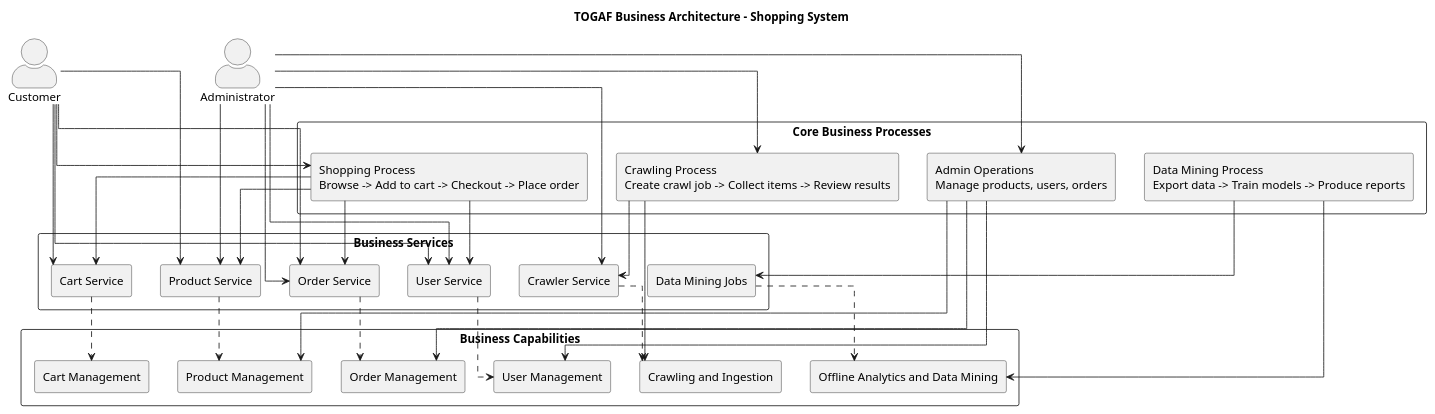
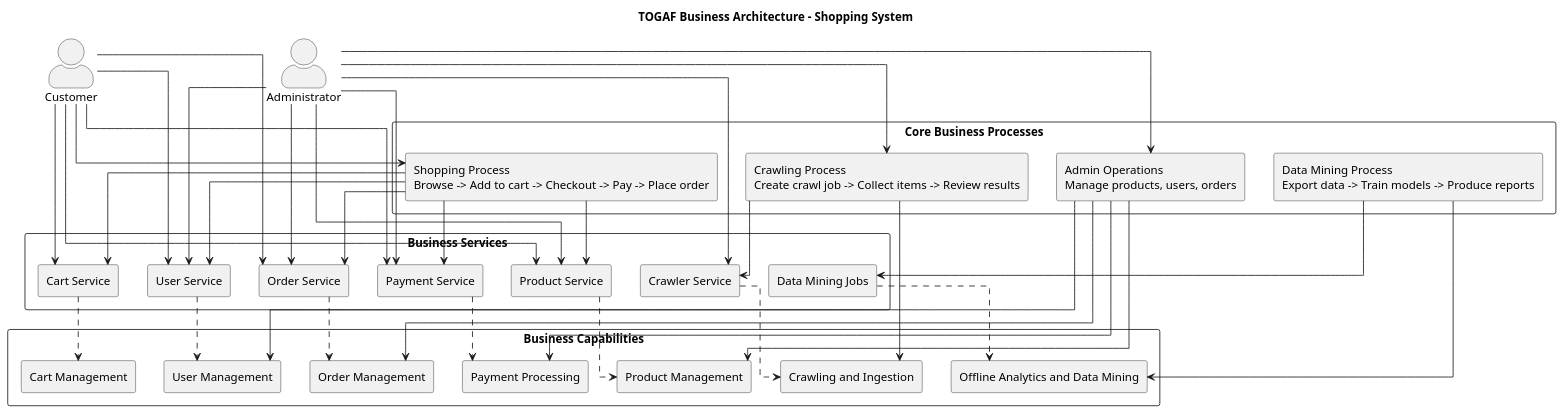
Before and after one commit to felixzhu97/shopping-system: the diagram in docs/architecture/togaf/business-architecture.puml, drawn with PlantUML. The commit also changed 225 other files, not shown here.

```diff
--- a/docs/architecture/togaf/business-architecture.puml
+++ b/docs/architecture/togaf/business-architecture.puml
@@ -1,72 +1,79 @@
 @startuml
 title TOGAF Business Architecture - Shopping System
 
 skinparam componentStyle rectangle
 skinparam packageStyle rectangle
 skinparam actorStyle awesome
 skinparam linetype ortho
 
 actor "Customer" as customer
 actor "Administrator" as admin
 
 package "Business Capabilities" {
     component [Product Management] as capability_product
     component [Order Management] as capability_order
     component [User Management] as capability_user
     component [Cart Management] as capability_cart
+    component [Payment Processing] as capability_payment
     component [Crawling and Ingestion] as capability_crawling
     component [Offline Analytics and Data Mining] as capability_data_mining
 }
 
 package "Core Business Processes" {
-    component [Shopping Process\nBrowse -> Add to cart -> Checkout -> Place order] as process_shopping
+    component [Shopping Process\nBrowse -> Add to cart -> Checkout -> Pay -> Place order] as process_shopping
     component [Admin Operations\nManage products, users, orders] as process_admin_ops
     component [Crawling Process\nCreate crawl job -> Collect items -> Review results] as process_crawling
     component [Data Mining Process\nExport data -> Train models -> Produce reports] as process_data_mining
 }
 
 package "Business Services" {
     component [Product Service] as service_product
     component [Cart Service] as service_cart
     component [Order Service] as service_order
     component [User Service] as service_user
+    component [Payment Service] as service_payment
     component [Crawler Service] as service_crawler
     component [Data Mining Jobs] as service_data_mining
 }
 
 customer --> process_shopping
 customer --> service_product
 customer --> service_cart
 customer --> service_order
 customer --> service_user
+customer --> service_payment
 
 admin --> process_admin_ops
 admin --> process_crawling
 admin --> service_product
 admin --> service_order
 admin --> service_user
+admin --> service_payment
 admin --> service_crawler
 
 process_shopping --> service_product
 process_shopping --> service_cart
 process_shopping --> service_order
 process_shopping --> service_user
+process_shopping --> service_payment
 
 process_admin_ops --> capability_product
 process_admin_ops --> capability_order
 process_admin_ops --> capability_user
+process_admin_ops --> capability_payment
 
 process_crawling --> service_crawler
 process_crawling --> capability_crawling
 
 process_data_mining --> service_data_mining
 process_data_mining --> capability_data_mining
 
 service_product ..> capability_product
 service_cart ..> capability_cart
 service_order ..> capability_order
 service_user ..> capability_user
+service_payment ..> capability_payment
 service_crawler ..> capability_crawling
 service_data_mining ..> capability_data_mining
 
 @enduml
```
